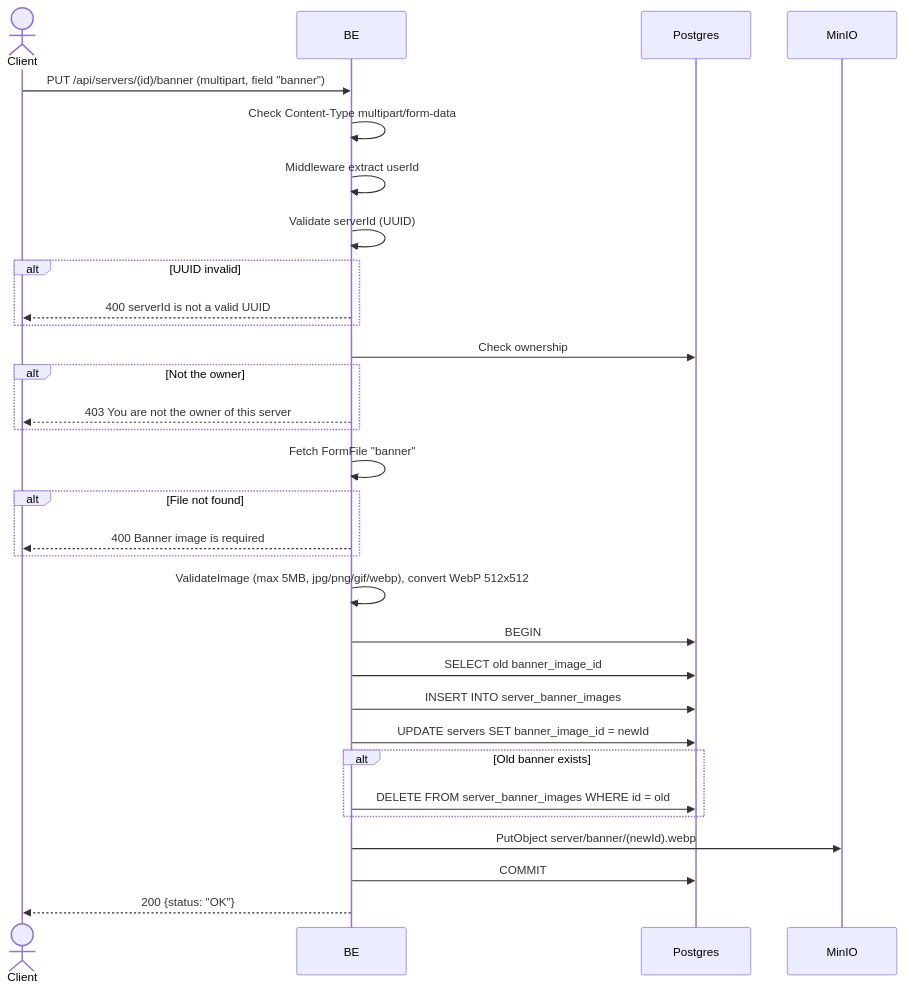
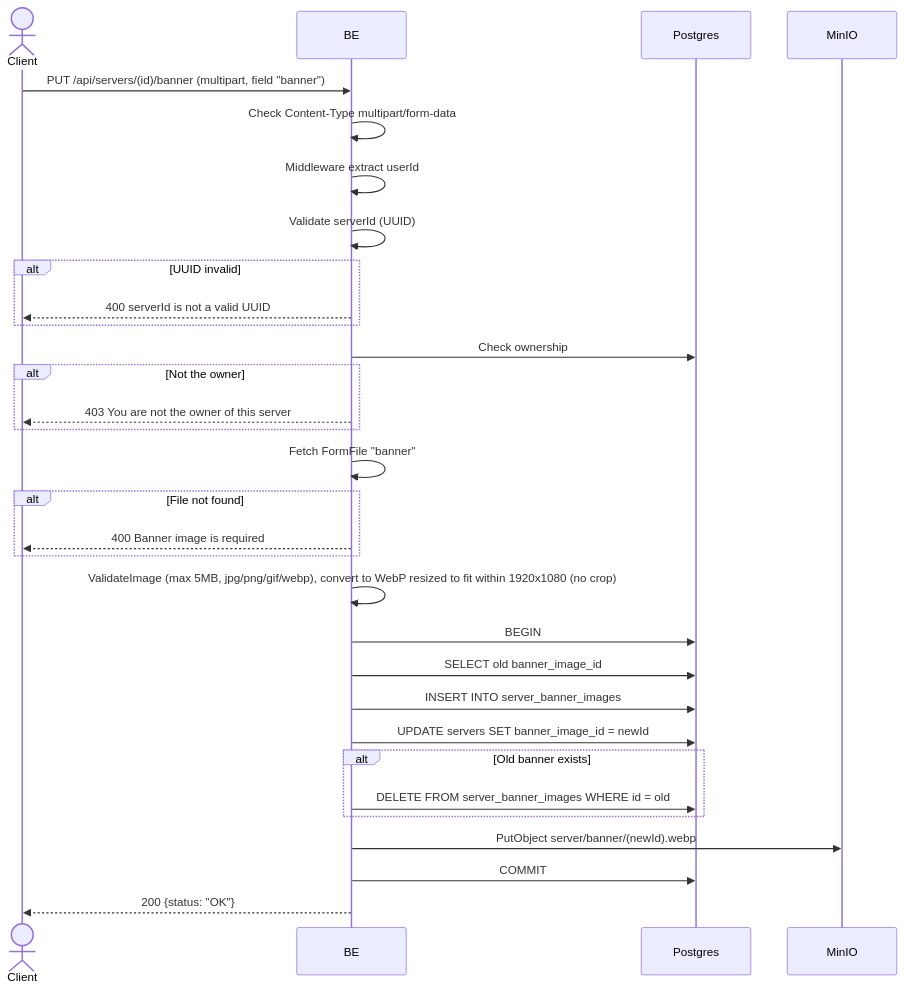
Before and after one commit to ferdian3456/virdanproject: the diagram in docs/flows/en/update_server_banner.md, drawn with Mermaid. The commit also changed other lines of this file and 67 other files, not shown here.

First line of the commit message:
Audit and fix API flow docs; add missing Payment/Chat documentation (#42)

````diff
--- a/docs/flows/en/update_server_banner.md
+++ b/docs/flows/en/update_server_banner.md
@@ -13,34 +13,34 @@
 ```mermaid
 sequenceDiagram
     actor Client
     participant BE
     participant Postgres
     participant MinIO
 
     Client->>BE: PUT /api/servers/(id)/banner (multipart, field "banner")
     BE->>BE: Check Content-Type multipart/form-data
     BE->>BE: Middleware extract userId
     BE->>BE: Validate serverId (UUID)
     alt UUID invalid
         BE-->>Client: 400 serverId is not a valid UUID
     end
     BE->>Postgres: Check ownership
     alt Not the owner
         BE-->>Client: 403 You are not the owner of this server
     end
     BE->>BE: Fetch FormFile "banner"
     alt File not found
         BE-->>Client: 400 Banner image is required
     end
-    BE->>BE: ValidateImage (max 5MB, jpg/png/gif/webp), convert WebP 512x512
+    BE->>BE: ValidateImage (max 5MB, jpg/png/gif/webp), convert to WebP resized to fit within 1920x1080 (no crop)
     BE->>Postgres: BEGIN
     BE->>Postgres: SELECT old banner_image_id
     BE->>Postgres: INSERT INTO server_banner_images
     BE->>Postgres: UPDATE servers SET banner_image_id = newId
     alt Old banner exists
         BE->>Postgres: DELETE FROM server_banner_images WHERE id = old
     end
     BE->>MinIO: PutObject server/banner/(newId).webp
     BE->>Postgres: COMMIT
     BE-->>Client: 200 {status: "OK"}
 ```
````
